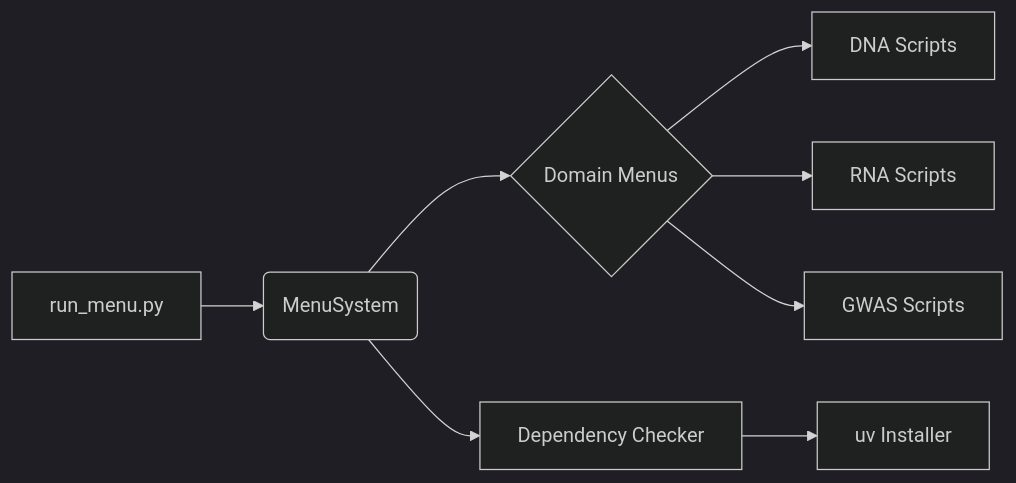
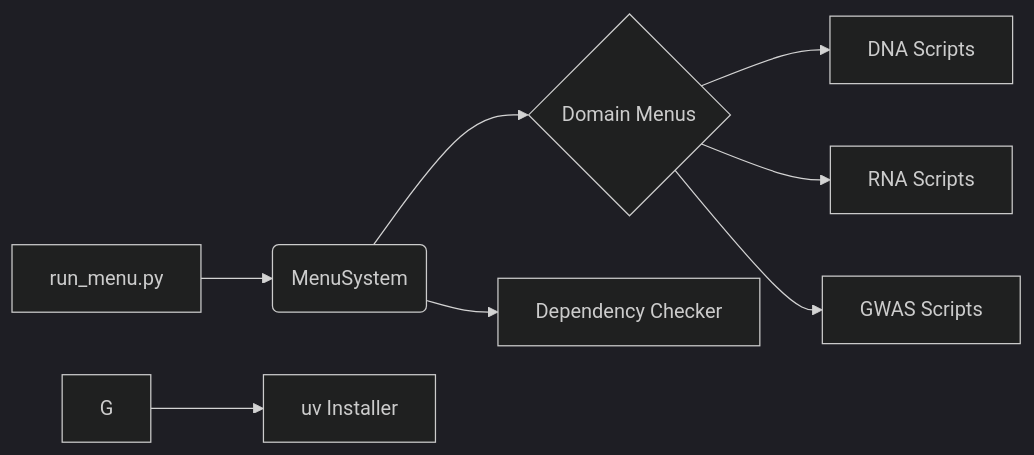
Before and after one commit to docxology/MetaInformAnt: the diagram in scripts/menu/SPEC.md, drawn with Mermaid (dark theme). The commit also changed 611 other files, not shown here.

````diff
--- a/scripts/menu/SPEC.md
+++ b/scripts/menu/SPEC.md
@@ -14,10 +14,10 @@
 ```mermaid
 graph LR
-    A[run_menu.py] --> B(MenuSystem)
+    ArunMenu.py[run_menu.py] --> B(MenuSystem)
     B --> C{Domain Menus}
-    C --> D[DNA Scripts]
-    C --> E[RNA Scripts]
-    C --> F[GWAS Scripts]
-    B --> G[Dependency Checker]
-    G --> H[uv Installer]
+    C --> DdnaScripts[DNA Scripts]
+    C --> ErnaScripts[RNA Scripts]
+    C --> FgwasScripts[GWAS Scripts]
+    B --> GdependencyChecker[Dependency Checker]
+    G --> HuvInstaller[uv Installer]
 ```
````
